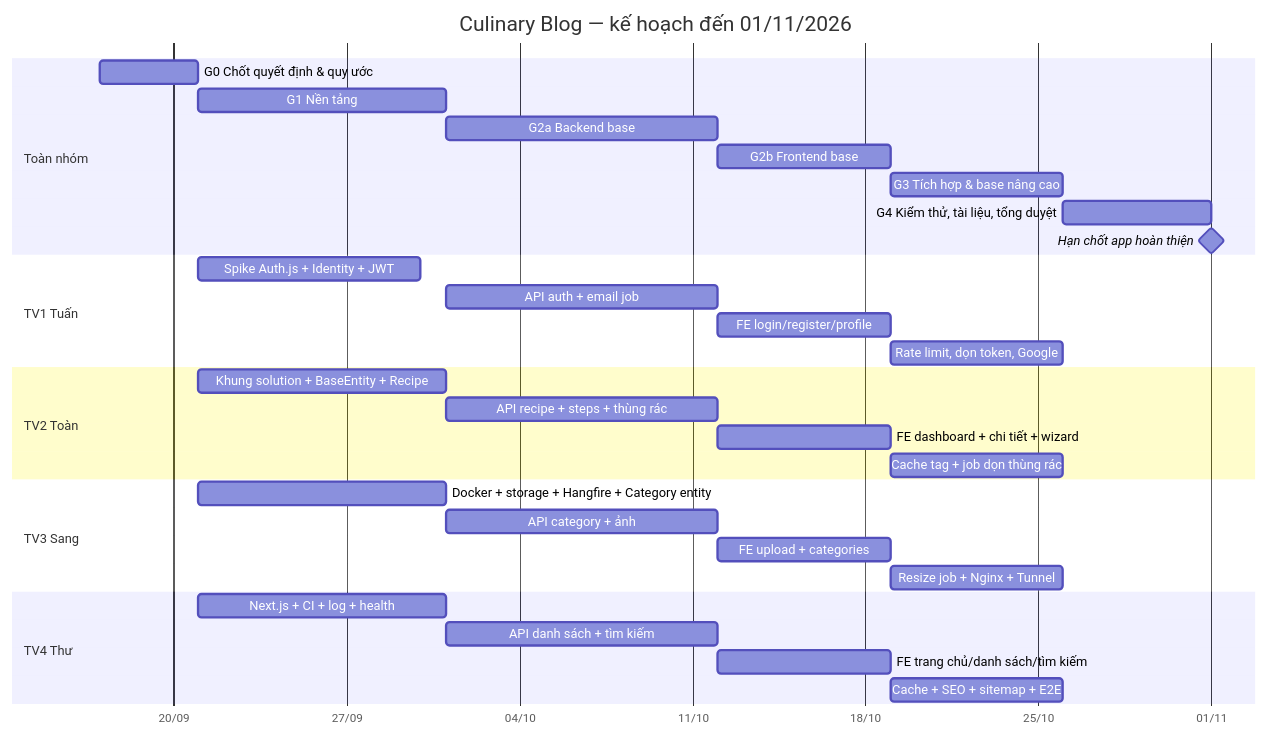
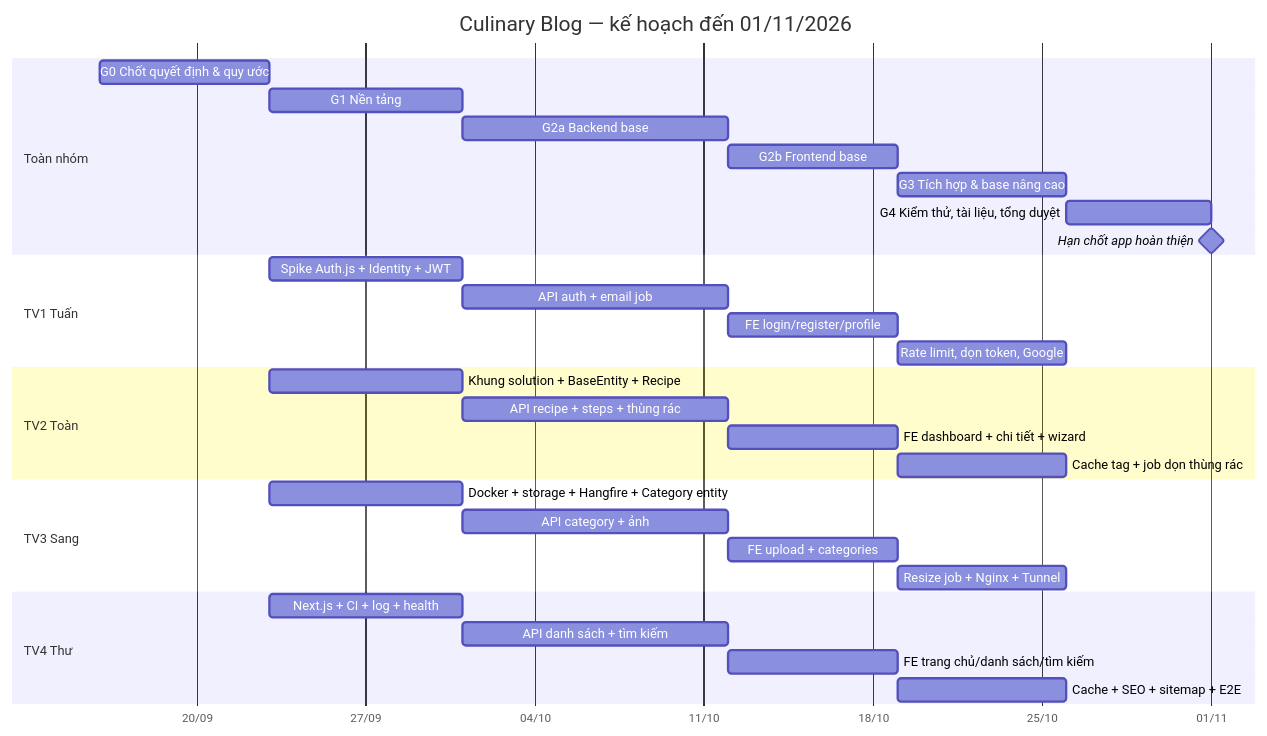
The diagram in docs/KeHoach/00_KeHoach_TongThe.md (1liusang/PTUDWNC-2026-Nhom17), drawn with Mermaid before and after one commit. The commit also changed other lines of this file and 7 other files, not shown here.

````diff
--- a/docs/KeHoach/00_KeHoach_TongThe.md
+++ b/docs/KeHoach/00_KeHoach_TongThe.md
@@ -60,34 +60,34 @@
 ```mermaid
 gantt
     title Culinary Blog — kế hoạch đến 01/11/2026
     dateFormat YYYY-MM-DD
     axisFormat %d/%m
     section Toàn nhóm
-    G0 Chốt quyết định & quy ước      :g0, 2026-09-17, 4d
-    G1 Nền tảng                        :g1, 2026-09-21, 10d
+    G0 Chốt quyết định & quy ước      :g0, 2026-09-16, 7d
+    G1 Nền tảng                        :g1, 2026-09-23, 8d
     G2a Backend base                   :g2a, 2026-10-01, 11d
     G2b Frontend base                  :g2b, 2026-10-12, 7d
     G3 Tích hợp & base nâng cao        :g3, 2026-10-19, 7d
     G4 Kiểm thử, tài liệu, tổng duyệt  :g4, 2026-10-26, 6d
     Hạn chốt app hoàn thiện            :milestone, 2026-11-01, 0d
     section TV1 Tuấn
-    Spike Auth.js + Identity + JWT     :2026-09-21, 9d
+    Spike Auth.js + Identity + JWT     :2026-09-23, 8d
     API auth + email job               :2026-10-01, 11d
     FE login/register/profile          :2026-10-12, 7d
     Rate limit, dọn token, Google      :2026-10-19, 7d
     section TV2 Toàn
-    Khung solution + BaseEntity + Recipe :2026-09-21, 10d
+    Khung solution + BaseEntity + Recipe :2026-09-23, 8d
     API recipe + steps + thùng rác     :2026-10-01, 11d
     FE dashboard + chi tiết + wizard   :2026-10-12, 7d
     Cache tag + job dọn thùng rác      :2026-10-19, 7d
     section TV3 Sang
-    Docker + storage + Hangfire + Category entity :2026-09-21, 10d
+    Docker + storage + Hangfire + Category entity :2026-09-23, 8d
     API category + ảnh                 :2026-10-01, 11d
     FE upload + categories             :2026-10-12, 7d
     Resize job + Nginx + Tunnel        :2026-10-19, 7d
     section TV4 Thư
-    Next.js + CI + log + health        :2026-09-21, 10d
+    Next.js + CI + log + health        :2026-09-23, 8d
     API danh sách + tìm kiếm           :2026-10-01, 11d
     FE trang chủ/danh sách/tìm kiếm    :2026-10-12, 7d
     Cache + SEO + sitemap + E2E        :2026-10-19, 7d
 ```
````
